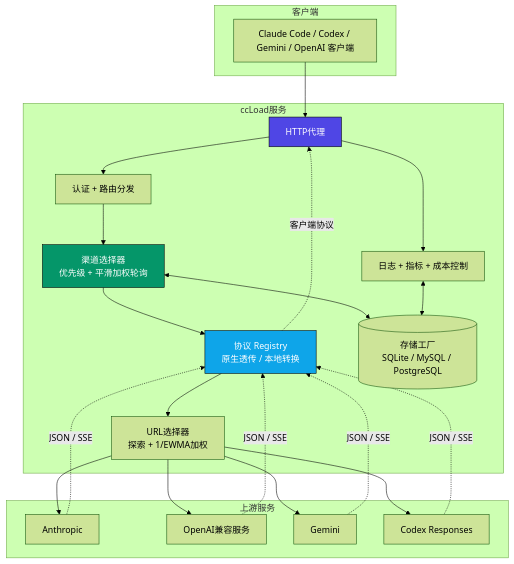
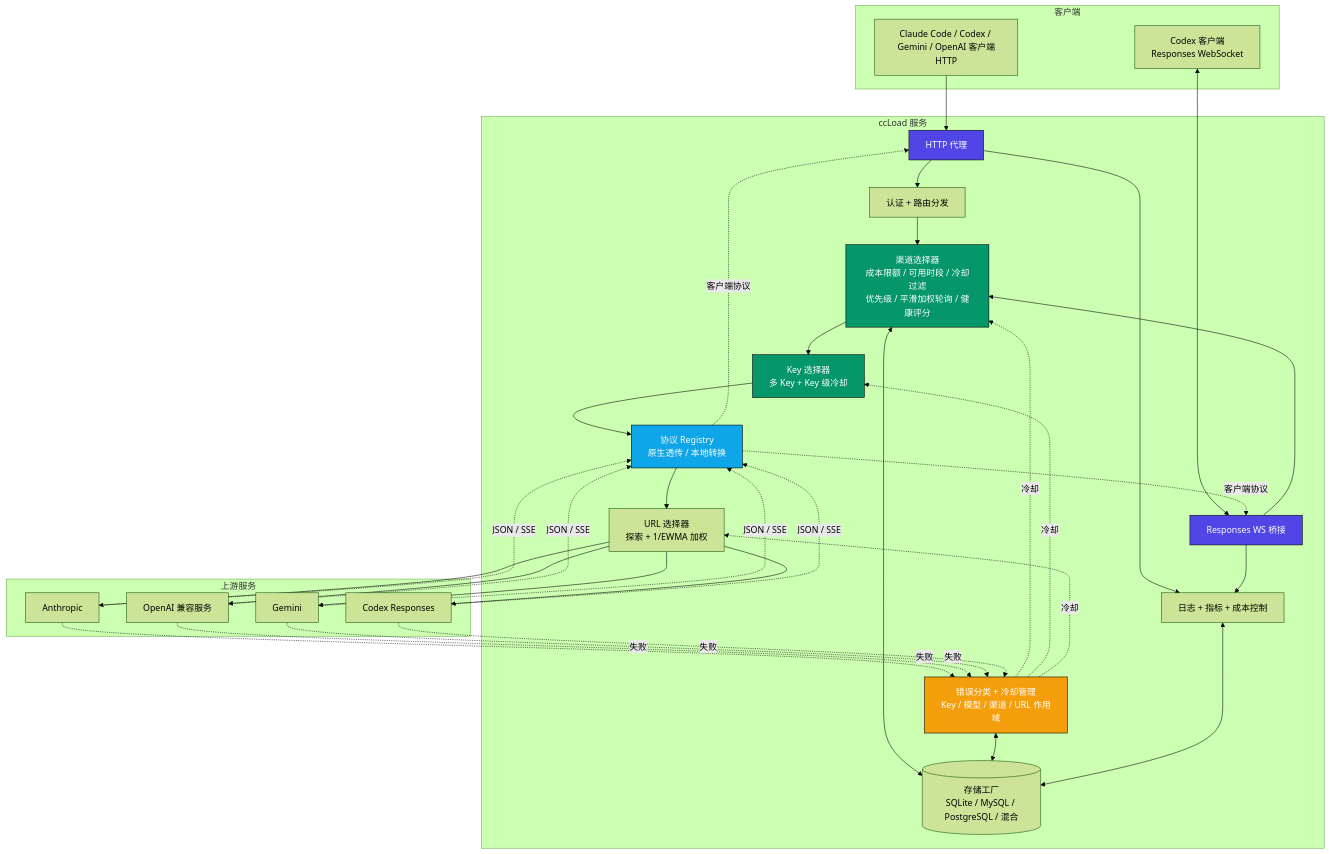
The diagram in README.zh-CN.md (caidaoli/ccLoad), drawn with Mermaid (forest theme) before and after one commit. The commit also changed 1 other file, not shown here.

Commit message:
docs: align architecture diagram with dual entries, cooldown loop, and health score

````diff
--- a/README.zh-CN.md
+++ b/README.zh-CN.md
@@ -104,42 +104,67 @@
 ```mermaid
 graph TB
     subgraph "客户端"
-        A[Claude Code / Codex / Gemini / OpenAI 客户端]
+        A[Claude Code / Codex / Gemini / OpenAI 客户端<br/>HTTP]
+        W[Codex 客户端<br/>Responses WebSocket]
     end
 
-    subgraph "ccLoad服务"
-        B[HTTP代理]
+    subgraph "ccLoad 服务"
+        B[HTTP 代理]
+        R[Responses WS 桥接]
         C[认证 + 路由分发]
-        D[渠道选择器<br/>优先级 + 平滑加权轮询]
+        D[渠道选择器<br/>成本限额 / 可用时段 / 冷却过滤<br/>优先级 / 平滑加权轮询 / 健康评分]
+        K[Key 选择器<br/>多 Key + Key 级冷却]
         E[协议 Registry<br/>原生透传 / 本地转换]
-        F[URL选择器<br/>探索 + 1/EWMA加权]
-        G[(存储工厂<br/>SQLite / MySQL / PostgreSQL)]
+        F[URL 选择器<br/>探索 + 1/EWMA 加权]
+        CD[错误分类 + 冷却管理<br/>Key / 模型 / 渠道 / URL 作用域]
+        G[(存储工厂<br/>SQLite / MySQL / PostgreSQL / 混合)]
         H[日志 + 指标 + 成本控制]
 
-        A --> B --> C --> D --> E --> F
+        A --> B --> C --> D
+        W <--> R --> D
+
+        D --> K --> E --> F
+
         D <--> G
+        CD <--> G
         H <--> G
         B --> H
+        R --> H
     end
 
     subgraph "上游服务"
         U1[Anthropic]
-        U2[OpenAI兼容服务]
+        U2[OpenAI 兼容服务]
         U3[Gemini]
         U4[Codex Responses]
     end
 
     F --> U1
     F --> U2
     F --> U3
     F --> U4
+
     U1 -. JSON / SSE .-> E
     U2 -. JSON / SSE .-> E
     U3 -. JSON / SSE .-> E
     U4 -. JSON / SSE .-> E
+
     E -. 客户端协议 .-> B
+    E -. 客户端协议 .-> R
+
+    U1 -. 失败 .-> CD
+    U2 -. 失败 .-> CD
+    U3 -. 失败 .-> CD
+    U4 -. 失败 .-> CD
+
+    CD -. 冷却 .-> D
+    CD -. 冷却 .-> K
+    CD -. 冷却 .-> F
 
     style B fill:#4F46E5,stroke:#000,color:#fff
+    style R fill:#4F46E5,stroke:#000,color:#fff
     style D fill:#059669,stroke:#000,color:#fff
+    style K fill:#059669,stroke:#000,color:#fff
     style E fill:#0EA5E9,stroke:#000,color:#fff
+    style CD fill:#F59E0B,stroke:#000,color:#fff
 ```
````
